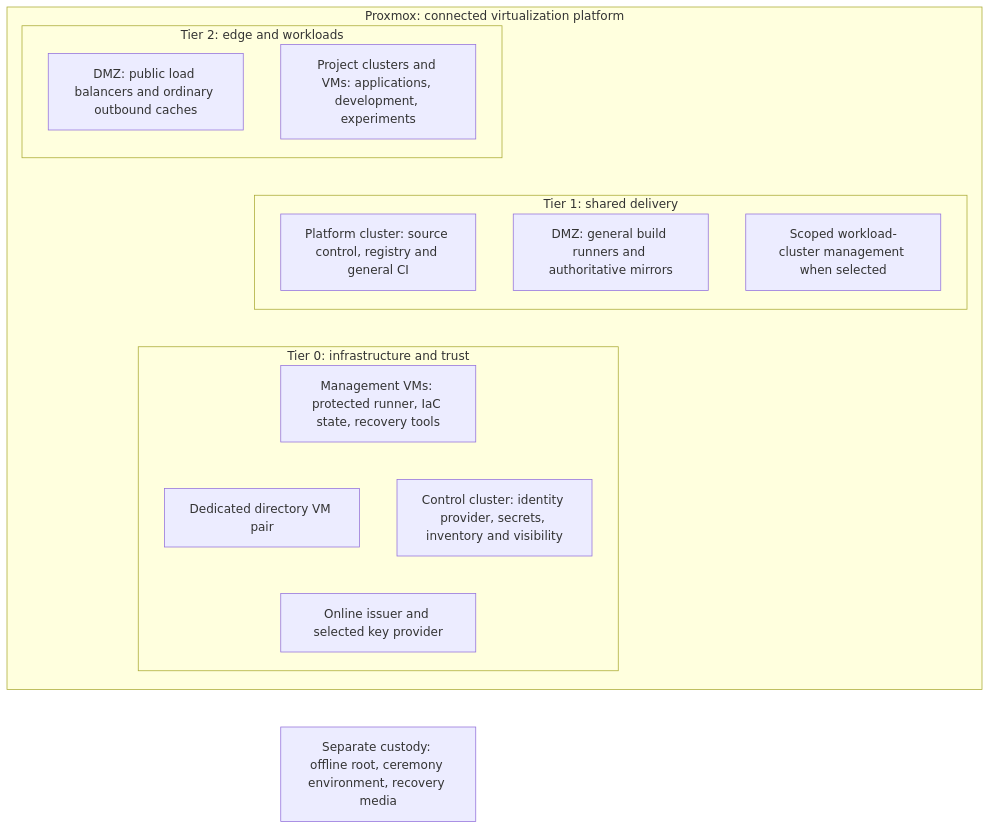
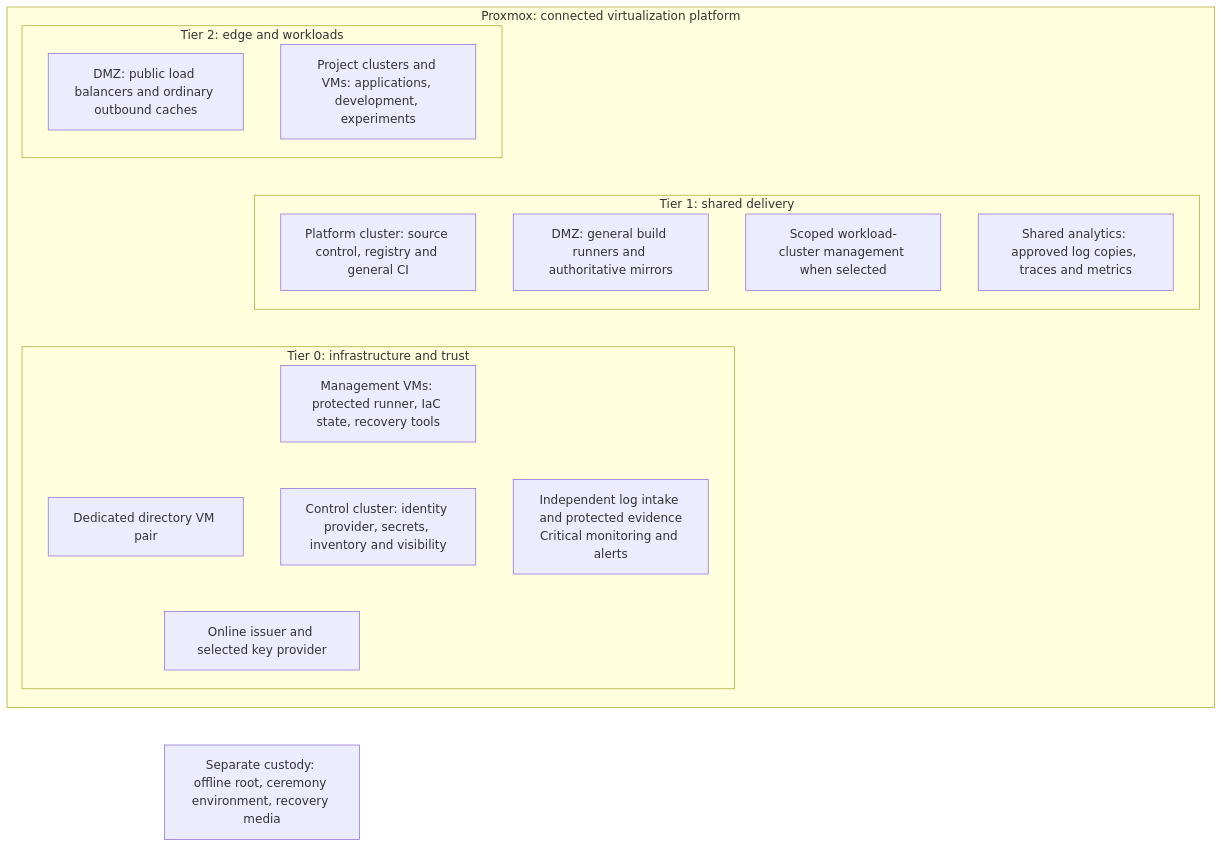
One commit to Rexus/homelab changed the first of 2 diagrams in docs/architecture/reference-platform.md. Above: the diagram before and after it, drawn with Mermaid. The commit also changed other lines of this file and 52 other files, not shown here.

````diff
--- a/docs/architecture/reference-platform.md
+++ b/docs/architecture/reference-platform.md
@@ -36,27 +36,30 @@
 ```mermaid
 flowchart TB
   subgraph PVE["Proxmox: connected virtualization platform"]
     subgraph T2["Tier 2: edge and workloads"]
       Edge["DMZ: public load balancers and ordinary outbound caches"]
       Workloads["Project clusters and VMs: applications, development, experiments"]
     end
     subgraph T1["Tier 1: shared delivery"]
       Delivery["Platform cluster: source control, registry and general CI"]
       Supply["DMZ: general build runners and authoritative mirrors"]
       WorkloadManagement["Scoped workload-cluster management when selected"]
+      Analytics["Shared analytics: approved log copies, traces and metrics"]
     end
     subgraph T0["Tier 0: infrastructure and trust"]
       M["Management VMs: protected runner, IaC state, recovery tools"]
       I["Dedicated directory VM pair"]
       K["Control cluster: identity provider, secrets, inventory and visibility"]
       C["Online issuer and selected key provider"]
+      Evidence["Independent log intake and protected evidence<br/>Critical monitoring and alerts"]
       M ~~~ I
       M ~~~ K
       I ~~~ C
       K ~~~ C
+      M ~~~ Evidence
     end
     Workloads ~~~ Delivery ~~~ M
   end
   Offline["Separate custody: offline root, ceremony environment, recovery media"]
   C ~~~ Offline
 ```
````
